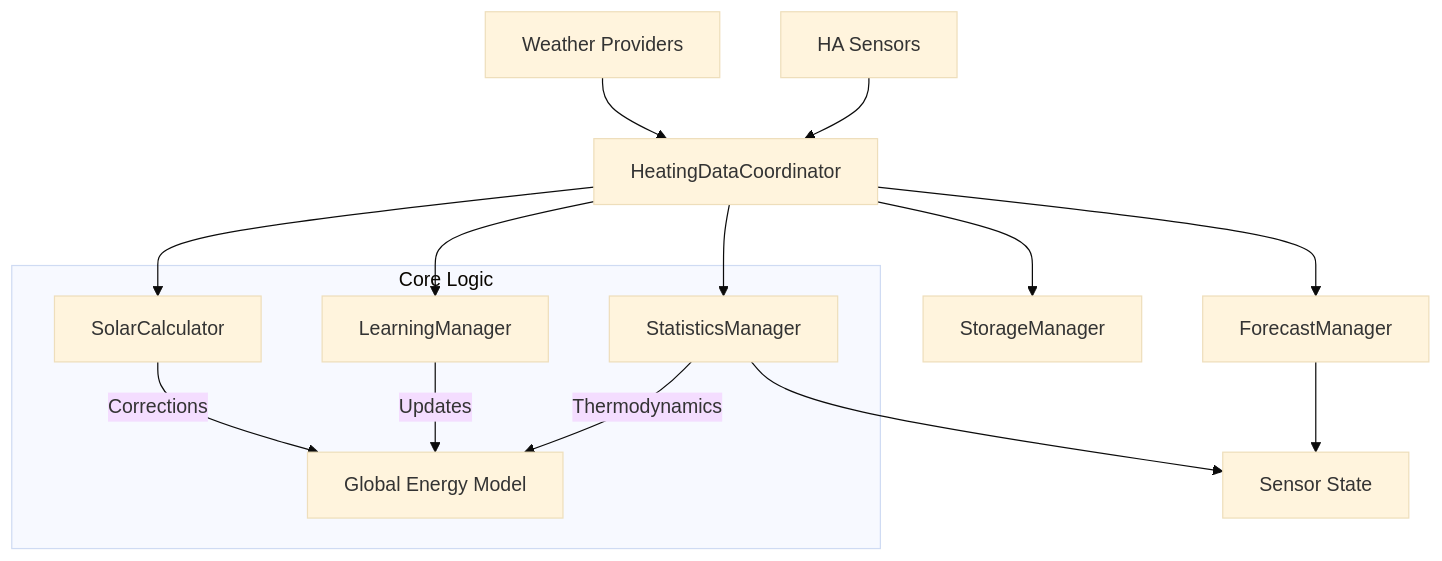
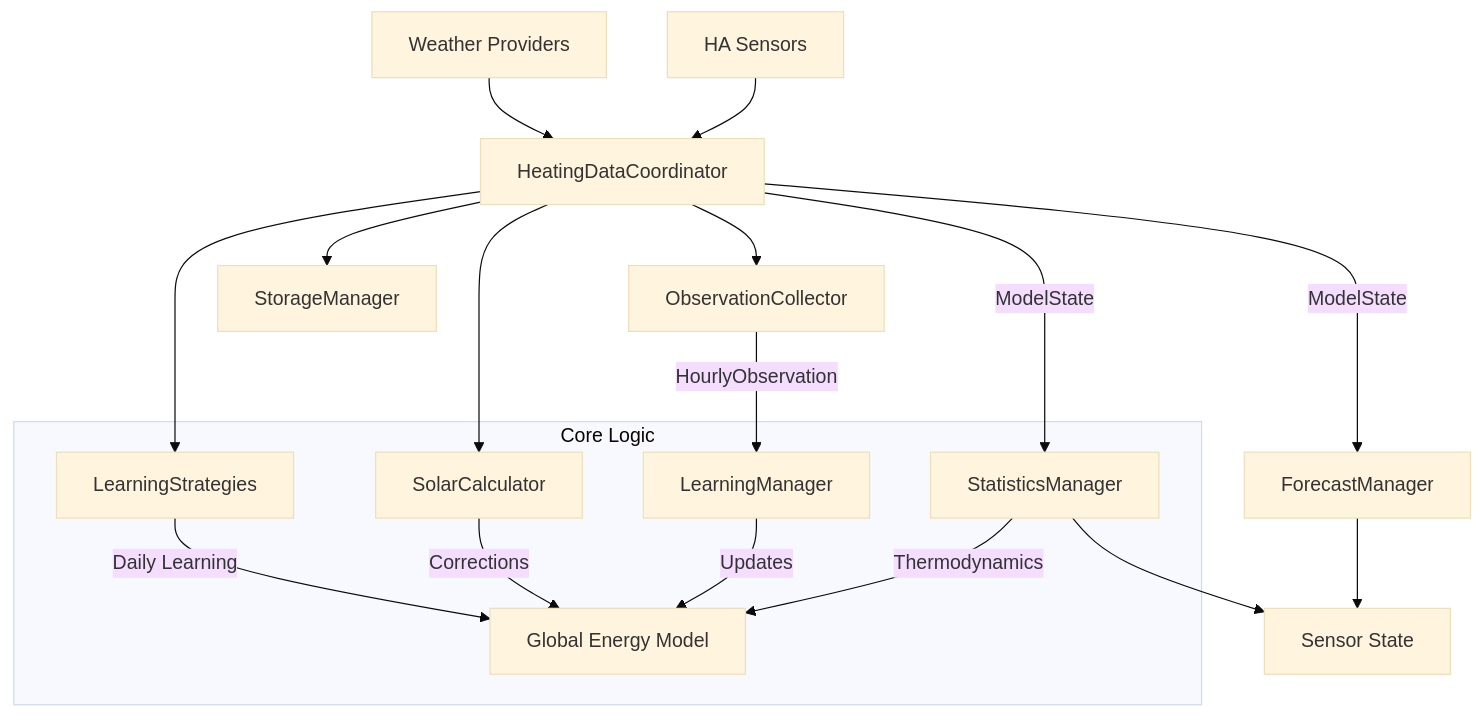
The diagram in DESIGN.md (thuemah/heating_analytics), drawn with Mermaid (base theme) before and after one commit. The commit also changed other lines of this file and 67 other files, not shown here.

````diff
--- a/DESIGN.md
+++ b/DESIGN.md
@@ -9,20 +9,23 @@
 ```mermaid
 graph TD
     Sensors[HA Sensors] --> Coordinator
     Weather[Weather Providers] --> Coordinator
 
-    Coordinator[HeatingDataCoordinator] --> Statistics[StatisticsManager]
-    Coordinator --> Forecast[ForecastManager]
-    Coordinator --> Learning[LearningManager]
+    Coordinator[HeatingDataCoordinator] --> Collector[ObservationCollector]
+    Collector -- "HourlyObservation" --> Learning[LearningManager]
+    Coordinator -- "ModelState" --> Statistics[StatisticsManager]
+    Coordinator -- "ModelState" --> Forecast[ForecastManager]
     Coordinator --> Solar[SolarCalculator]
     Coordinator --> Storage[StorageManager]
+    Coordinator --> Strategies[LearningStrategies]
 
     Statistics --> Output[Sensor State]
     Forecast --> Output
 
     subgraph "Core Logic"
     Statistics -- "Thermodynamics" --> Model[Global Energy Model]
     Learning -- "Updates" --> Model
     Solar -- "Corrections" --> Model
+    Strategies -- "Daily Learning" --> Model
     end
 ```
````
